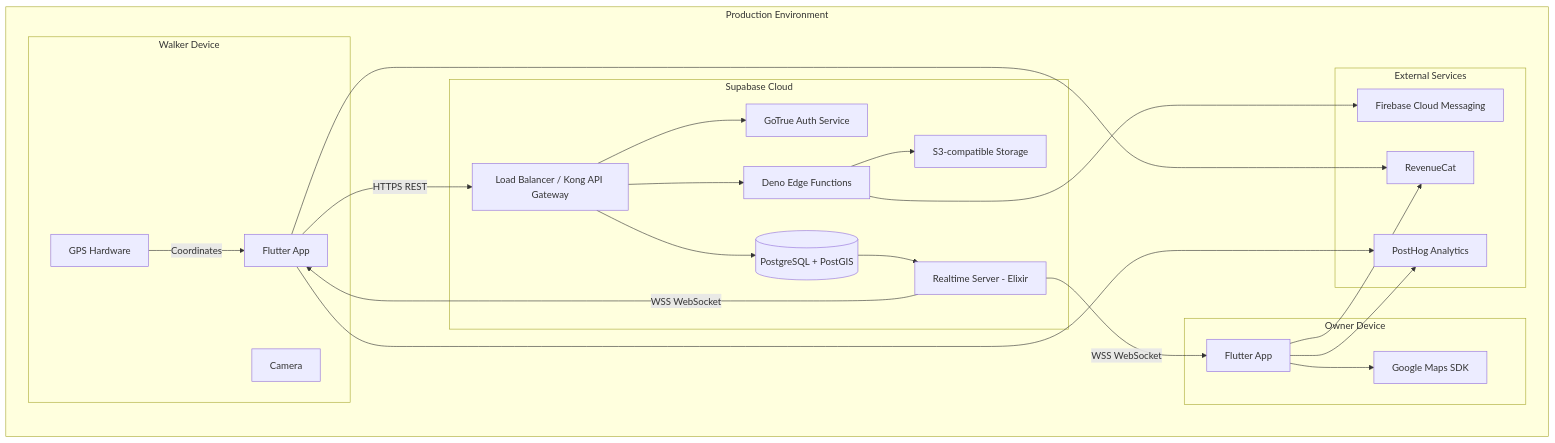
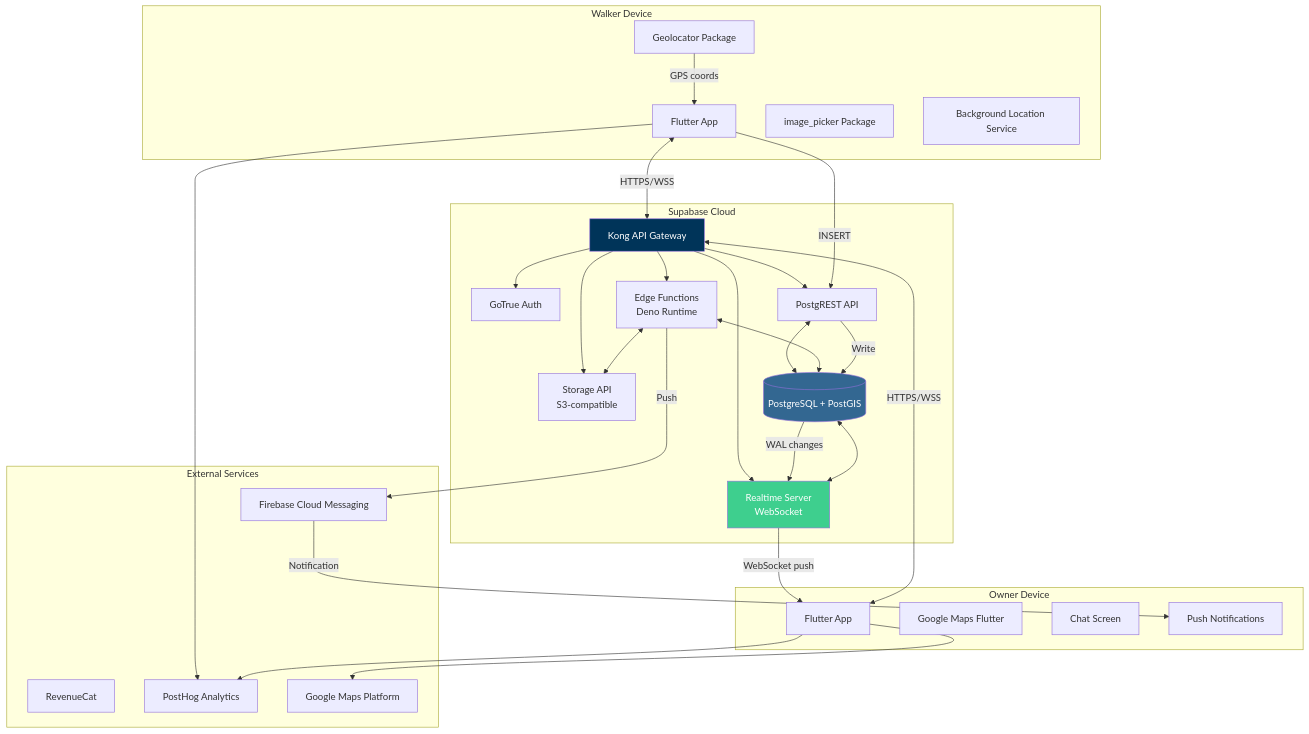
One commit to benzzdan/pawgo_flutter changed the fourth of 4 diagrams in docs/gps-chat-architecture.md. Above: the diagram before and after it, drawn with Mermaid. The commit also changed other lines of this file, not shown here.

First line of the commit message:
feat: [US-001] - Enhance GPS + chat architecture documentation

````diff
--- a/docs/gps-chat-architecture.md
+++ b/docs/gps-chat-architecture.md
@@ -348,46 +341,63 @@
 ```mermaid
 graph TB
-    subgraph "Production Environment"
-        subgraph "Walker Device"
-            WD[Flutter App]
-            WG[GPS Hardware]
-            WC[Camera]
-        end
-
-        subgraph "Supabase Cloud"
-            LB[Load Balancer / Kong API Gateway]
-            AUTH[GoTrue Auth Service]
-            PG[(PostgreSQL + PostGIS)]
-            REAL[Realtime Server - Elixir]
-            STORE[S3-compatible Storage]
-            EDGE[Deno Edge Functions]
-        end
-
-        subgraph "Owner Device"
-            OD[Flutter App]
-            GMAP[Google Maps SDK]
-        end
-
-        subgraph "External Services"
-            FCM[Firebase Cloud Messaging]
-            RC[RevenueCat]
-            PH[PostHog Analytics]
-        end
+    subgraph "Walker Device"
+        WF[Flutter App]
+        WGPS[Geolocator Package]
+        WCAM[image_picker Package]
+        WBG[Background Location Service]
     end
 
-    WG -->|Coordinates| WD
-    WD -->|HTTPS REST| LB
-    LB --> AUTH
-    LB --> PG
-    LB --> EDGE
-    EDGE --> STORE
-    PG --> REAL
-    REAL -->|WSS WebSocket| OD
-    REAL -->|WSS WebSocket| WD
-    OD --> GMAP
-    EDGE --> FCM
-    WD --> RC
-    OD --> RC
-    WD --> PH
-    OD --> PH
+    subgraph "Owner Device"
+        OF[Flutter App]
+        OMAP[Google Maps Flutter]
+        OCHAT[Chat Screen]
+        ONOT[Push Notifications]
+    end
+
+    subgraph "Supabase Cloud"
+        KONG[Kong API Gateway]
+        AUTH[GoTrue Auth]
+        REST[PostgREST API]
+        REALTIME[Realtime Server<br/>WebSocket]
+        STORAGE[Storage API<br/>S3-compatible]
+        PG[(PostgreSQL + PostGIS)]
+        EDGE[Edge Functions<br/>Deno Runtime]
+    end
+
+    subgraph "External Services"
+        FCM[Firebase Cloud Messaging]
+        RC[RevenueCat]
+        PH[PostHog Analytics]
+        GM[Google Maps Platform]
+    end
+
+    WF <-->|HTTPS/WSS| KONG
+    OF <-->|HTTPS/WSS| KONG
+
+    KONG --> AUTH
+    KONG --> REST
+    KONG --> REALTIME
+    KONG --> STORAGE
+    KONG --> EDGE
+
+    REST <--> PG
+    REALTIME <--> PG
+    EDGE <--> PG
+    EDGE <--> STORAGE
+
+    EDGE -->|Push| FCM
+    FCM -->|Notification| ONOT
+    WF --> PH
+    OF --> PH
+    OF --> GM
+
+    WGPS -->|GPS coords| WF
+    WF -->|INSERT| REST
+    REST -->|Write| PG
+    PG -->|WAL changes| REALTIME
+    REALTIME -->|WebSocket push| OF
+
+    style PG fill:#336791,color:#fff
+    style REALTIME fill:#3ECF8E,color:#fff
+    style KONG fill:#003459,color:#fff
 ```
````
